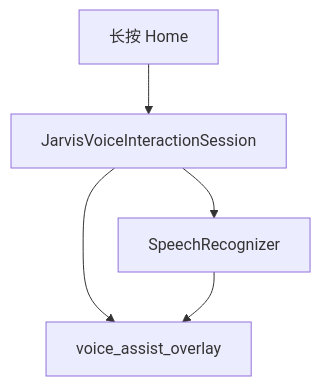
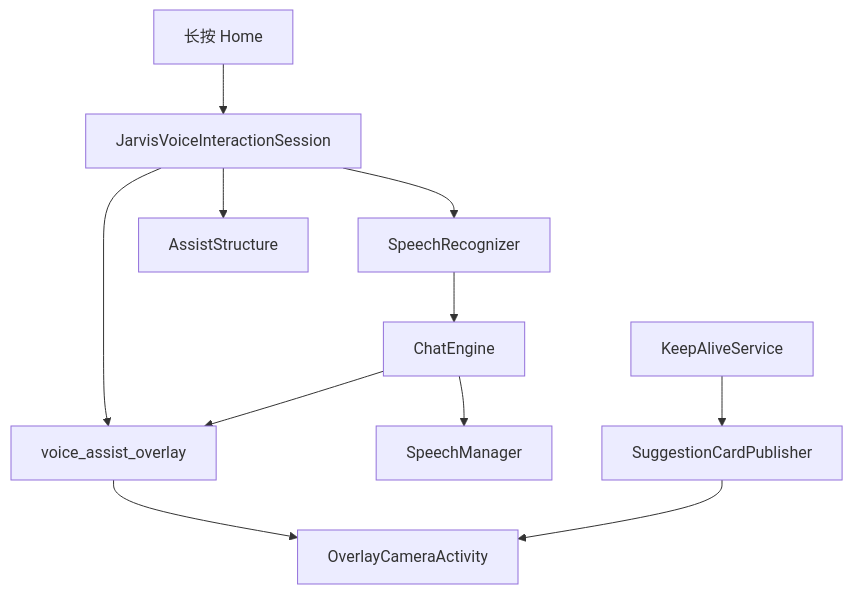
The diagram in .monkeycode/specs/2026-11-08-jarvis-assistant-parity/design.md (ptr193/JARVIS), drawn with Mermaid before and after one commit. The commit also changed other lines of this file and 18 other files, not shown here.

First line of the commit message:
feat: ship overlay answer, screen assist, suggestion cards, and camera

````diff
--- a/.monkeycode/specs/2026-11-08-jarvis-assistant-parity/design.md
+++ b/.monkeycode/specs/2026-11-08-jarvis-assistant-parity/design.md
@@ -12,11 +12,23 @@
 ```mermaid
 graph TD
     Home["长按 Home"]
     Session["JarvisVoiceInteractionSession"]
     Overlay["voice_assist_overlay"]
     Asr["SpeechRecognizer"]
+    Engine["ChatEngine"]
+    Tts["SpeechManager"]
+    Screen["AssistStructure"]
+    Loop["KeepAliveService"]
+    Cards["SuggestionCardPublisher"]
+    Cam["OverlayCameraActivity"]
     Home --> Session
     Session --> Overlay
     Session --> Asr
-    Asr --> Overlay
+    Session --> Screen
+    Asr --> Engine
+    Engine --> Overlay
+    Engine --> Tts
+    Overlay --> Cam
+    Loop --> Cards
+    Cards --> Cam
 ```
````
